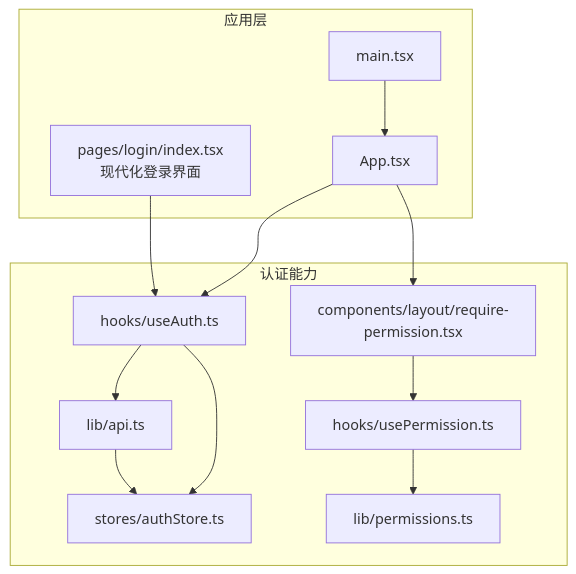
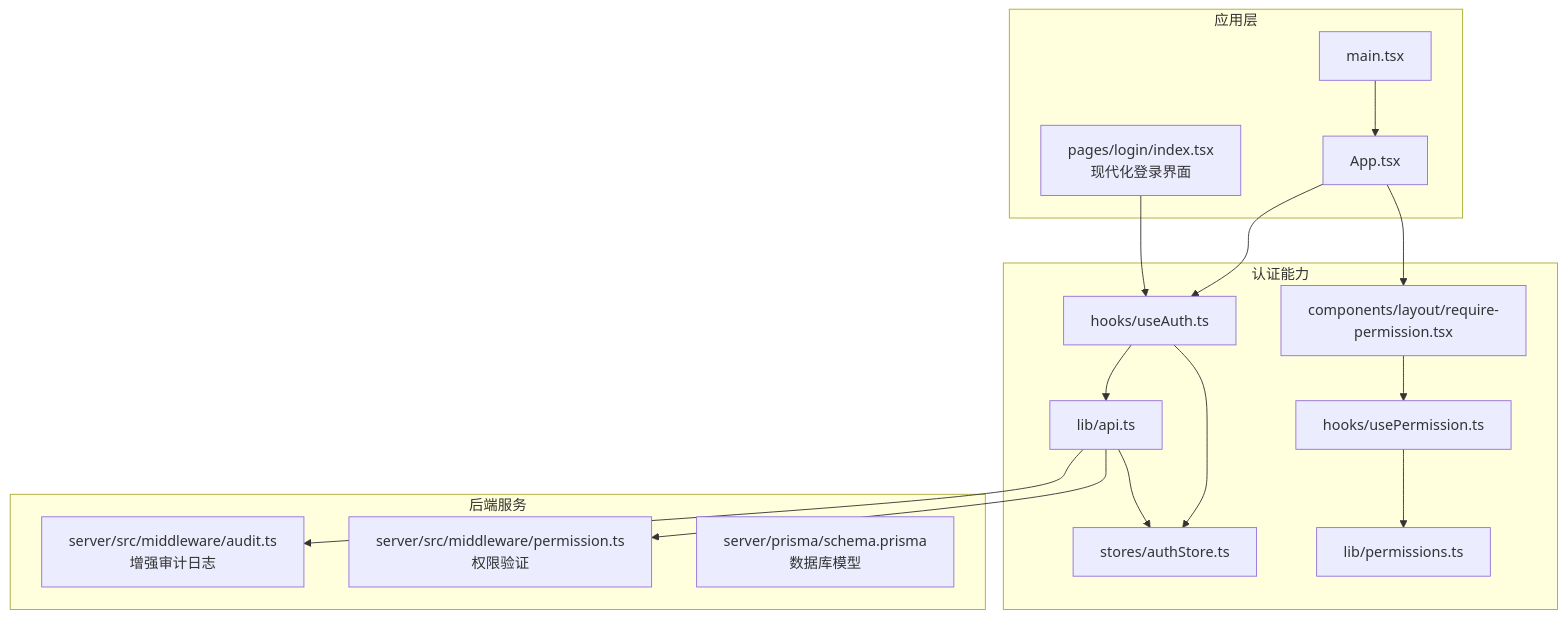
Before and after one commit to Damao997/newproject: the first of 9 diagrams in .qoder/repowiki/zh/content/核心模块/用户认证系统.md, drawn with Mermaid. The commit also changed other lines of this file and 26 other files, not shown here.

````diff
--- a/.qoder/repowiki/zh/content/核心模块/用户认证系统.md
+++ b/.qoder/repowiki/zh/content/核心模块/用户认证系统.md
@@ -55,25 +58,32 @@
 ```mermaid
 graph TB
 subgraph "应用层"
 APP["App.tsx"]
 MAIN["main.tsx"]
 LOGIN["pages/login/index.tsx<br/>现代化登录界面"]
 end
 subgraph "认证能力"
 USEAUTH["hooks/useAuth.ts"]
 AUTHSTORE["stores/authStore.ts"]
 API["lib/api.ts"]
 PERMHOOK["hooks/usePermission.ts"]
 PERMLIB["lib/permissions.ts"]
 GUARD["components/layout/require-permission.tsx"]
 end
+subgraph "后端服务"
+AUDIT["server/src/middleware/audit.ts<br/>增强审计日志"]
+PERMS["server/src/middleware/permission.ts<br/>权限验证"]
+SCHEMA["server/prisma/schema.prisma<br/>数据库模型"]
+end
 APP --> USEAUTH
 APP --> GUARD
 MAIN --> APP
 LOGIN --> USEAUTH
 USEAUTH --> AUTHSTORE
 USEAUTH --> API
 GUARD --> PERMHOOK
 PERMHOOK --> PERMLIB
 API --> AUTHSTORE
+API --> AUDIT
+API --> PERMS
 ```
````
